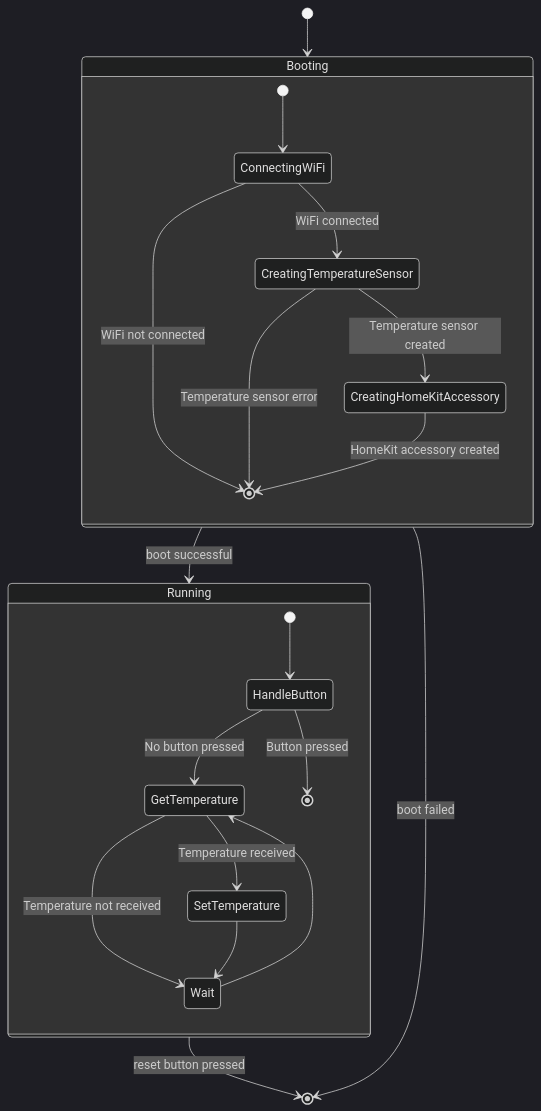
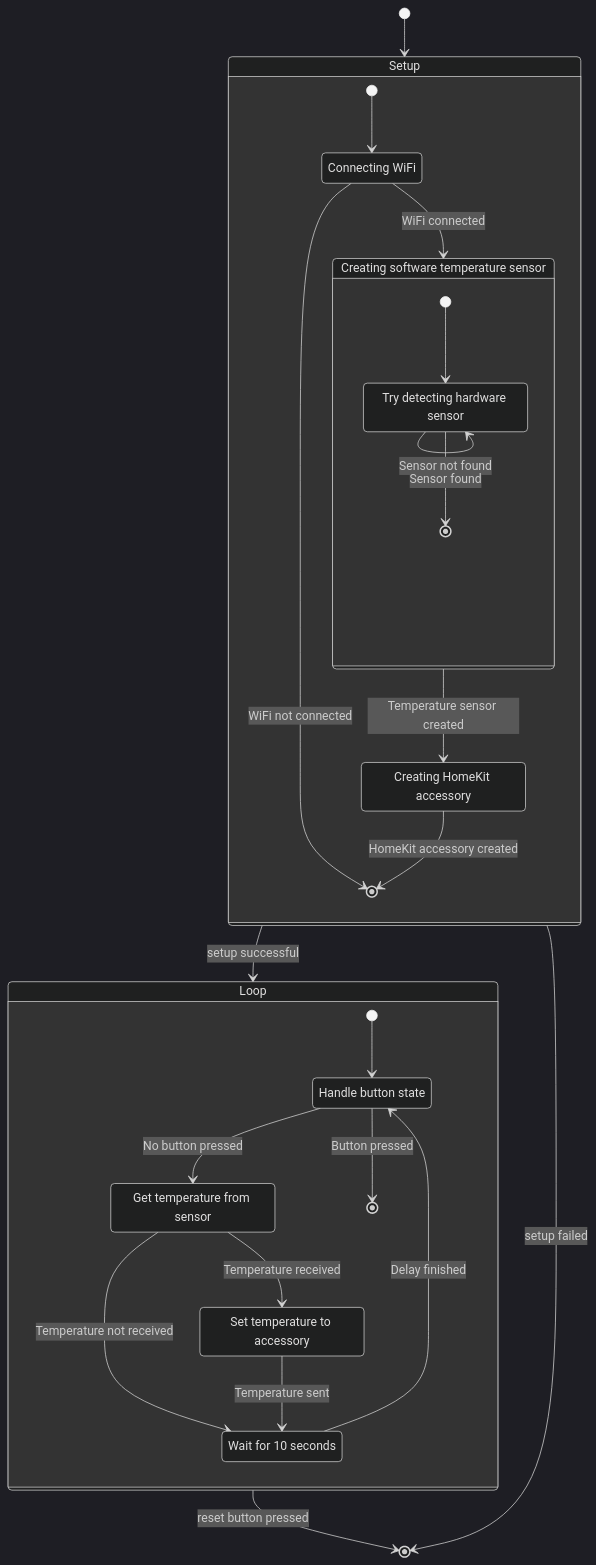
Before and after one commit to loicmorvan/temperature-sensor: the diagram in README.md, drawn with Mermaid (dark theme). The commit also changed other lines of this file, not shown here.

Commit message:
Completed the state diagram

````diff
--- a/README.md
+++ b/README.md
@@ -16,25 +16,42 @@
 ```mermaid
 stateDiagram-v2
-    state Booting {
-        [*] --> ConnectingWiFi
-        ConnectingWiFi --> CreatingTemperatureSensor: WiFi connected
-        ConnectingWiFi --> [*]: WiFi not connected
-        CreatingTemperatureSensor --> CreatingHomeKitAccessory: Temperature sensor created
-        CreatingTemperatureSensor --> [*]: Temperature sensor error
-        CreatingHomeKitAccessory --> [*]: HomeKit accessory created
-    }
-    state Running {
-        [*] --> HandleButton
-        HandleButton --> GetTemperature: No button pressed
-        HandleButton --> [*]: Button pressed
-        GetTemperature --> SetTemperature: Temperature received
-        GetTemperature --> Wait: Temperature not received
-        SetTemperature --> Wait
-        Wait --> GetTemperature
+    state "Connecting WiFi" as wifi
+    state "Creating software temperature sensor" as temp
+    state "Creating HomeKit accessory" as home
+    state "Setup" as setup
+    state "Loop" as loop
+    state "Handle button state" as button
+    state "Get temperature from sensor" as get
+    state "Set temperature to accessory" as set
+    state "Wait for 10 seconds" as wait
+    state "Try detecting hardware sensor" as try
+
+    state setup {
+        [*] --> wifi
+        wifi --> temp: WiFi connected
+        wifi --> [*]: WiFi not connected
+        temp --> home: Temperature sensor created
+        home --> [*]: HomeKit accessory created
     }
 
-    [*] --> Booting
-    Booting --> Running: boot successful
-    Running --> [*]: reset button pressed
-    Booting --> [*]: boot failed
+    state temp {
+        [*] --> try
+        try --> try: Sensor not found
+        try --> [*]: Sensor found
+    }
+
+    state loop {
+        [*] --> button
+        button --> get: No button pressed
+        button --> [*]: Button pressed
+        get --> set: Temperature received
+        get --> wait: Temperature not received
+        set --> wait: Temperature sent
+        wait --> button: Delay finished
+    }
+
+    [*] --> setup
+    setup --> loop: setup successful
+    loop --> [*]: reset button pressed
+    setup --> [*]: setup failed
 ```
````
